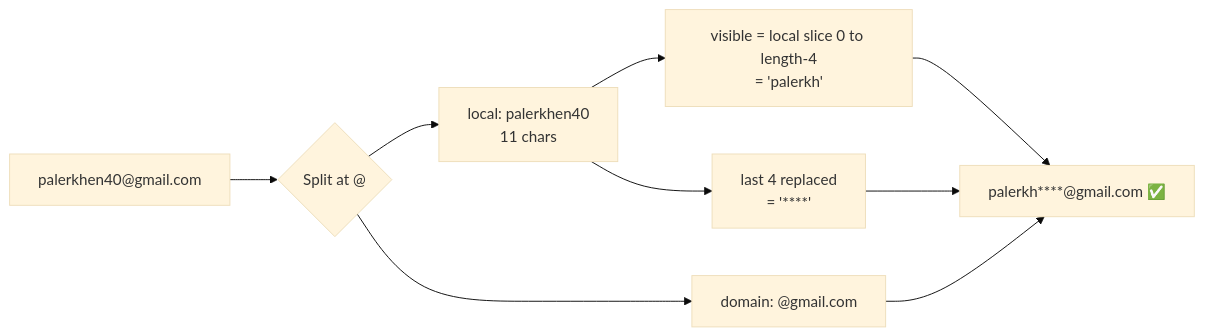
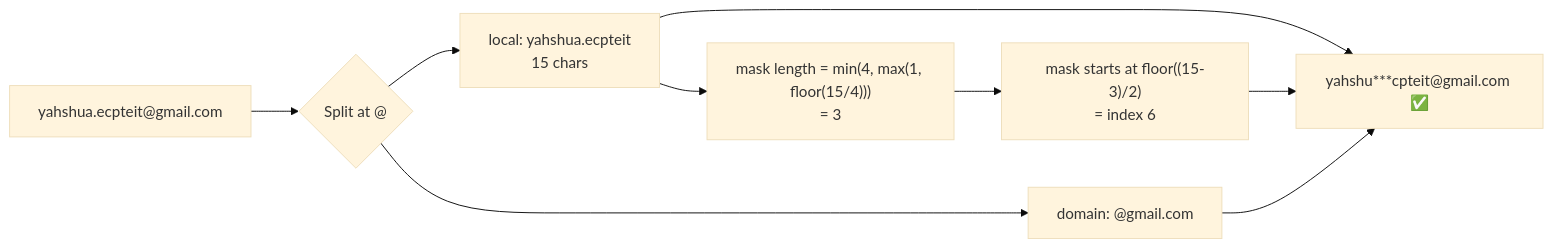
The fifth of 9 diagrams in docs/directive-email-privacy.md (KarlDano19/yhris), drawn with Mermaid (base theme) before and after one commit. The commit also changed other lines of this file and 1 other file, not shown here.

````diff
--- a/docs/directive-email-privacy.md
+++ b/docs/directive-email-privacy.md
@@ -171,10 +173,10 @@
 ```mermaid
 flowchart LR
-    A["palerkhen40@gmail.com"]
+    A["yahshua.ecpteit@gmail.com"]
     A --> B{Split at @}
-    B --> C["local: palerkhen40\n11 chars"]
+    B --> C["local: yahshua.ecpteit\n15 chars"]
     B --> D["domain: @gmail.com"]
-    C --> E["visible = local slice 0 to length-4\n= 'palerkh'"]
-    C --> F["last 4 replaced\n= '****'"]
-    E & F & D --> G["palerkh****@gmail.com ✅"]
+    C --> E["mask length = min(4, max(1, floor(15/4)))\n= 3"]
+    E --> F["mask starts at floor((15-3)/2)\n= index 6"]
+    C & F & D --> G["yahshu***cpteit@gmail.com ✅"]
 ```
````
